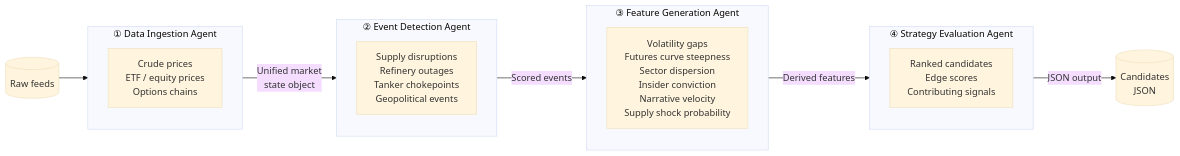
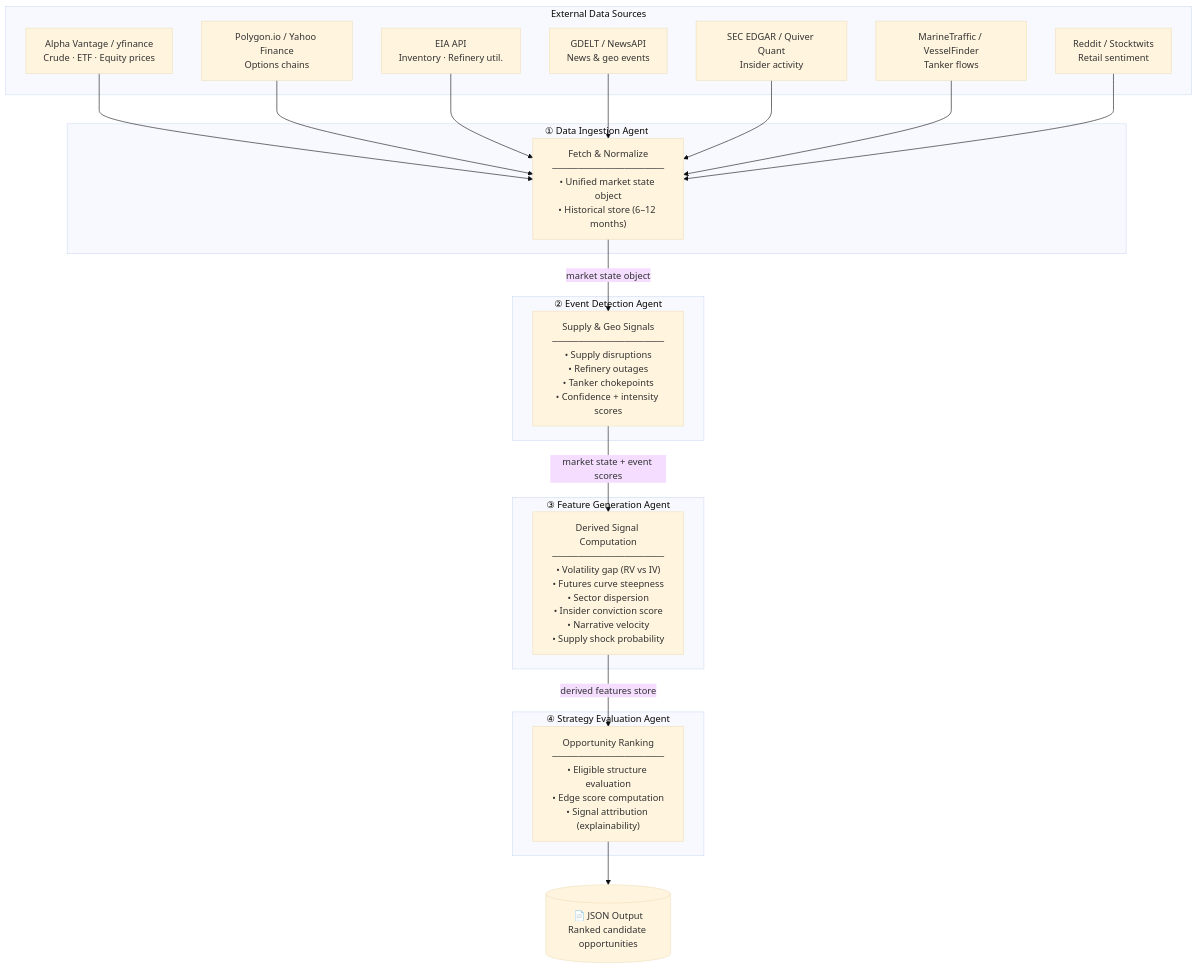
Before and after one commit to jeisenback/golden_boy_peanuts: the diagram in docs/generated/user_guide_full-pipeline.md, drawn with Mermaid (base theme). The commit also changed other lines of this file, not shown here.

````diff
--- a/docs/generated/user_guide_full-pipeline.md
+++ b/docs/generated/user_guide_full-pipeline.md
@@ -25,24 +194,38 @@
 ```mermaid
-flowchart LR
-    subgraph Ingestion["① Data Ingestion Agent"]
-        A1[Crude prices\nETF / equity prices\nOptions chains]
+flowchart TD
+    subgraph Sources["External Data Sources"]
+        S1["Alpha Vantage / yfinance\nCrude · ETF · Equity prices"]
+        S2["Polygon.io / Yahoo Finance\nOptions chains"]
+        S3["EIA API\nInventory · Refinery util."]
+        S4["GDELT / NewsAPI\nNews & geo events"]
+        S5["SEC EDGAR / Quiver Quant\nInsider activity"]
+        S6["MarineTraffic / VesselFinder\nTanker flows"]
+        S7["Reddit / Stocktwits\nRetail sentiment"]
     end
 
-    subgraph Event["② Event Detection Agent"]
-        B1[Supply disruptions\nRefinery outages\nTanker chokepoints\nGeopolitical events]
+    subgraph A1["① Data Ingestion Agent"]
+        DIA["Fetch & Normalize\n─────────────────\n• Unified market state object\n• Historical store (6–12 months)"]
     end
 
-    subgraph Feature["③ Feature Generation Agent"]
-        C1[Volatility gaps\nFutures curve steepness\nSector dispersion\nInsider conviction\nNarrative velocity\nSupply shock probability]
+    subgraph A2["② Event Detection Agent"]
+        EDA["Supply & Geo Signals\n─────────────────\n• Supply disruptions\n• Refinery outages\n• Tanker chokepoints\n• Confidence + intensity scores"]
     end
 
-    subgraph Strategy["④ Strategy Evaluation Agent"]
-        D1[Ranked candidates\nEdge scores\nContributing signals]
+    subgraph A3["③ Feature Generation Agent"]
+        FGA["Derived Signal Computation\n─────────────────\n• Volatility gap (RV vs IV)\n• Futures curve steepness\n• Sector dispersion\n• Insider conviction score\n• Narrative velocity\n• Supply shock probability"]
     end
 
-    RAW[(Raw feeds)] --> Ingestion
-    Ingestion -->|Unified market\nstate object| Event
-    Event -->|Scored events| Feature
-    Feature -->|Derived features| Strategy
-    Strategy -->|JSON output| OUT[(Candidates\nJSON)]
+    subgraph A4["④ Strategy Evaluation Agent"]
+        SEA["Opportunity Ranking\n─────────────────\n• Eligible structure evaluation\n• Edge score computation\n• Signal attribution (explainability)"]
+    end
+
+    OUT[("📄 JSON Output\nRanked candidate opportunities")]
+
+    S1 & S2 --> DIA
+    S3 & S4 & S5 & S6 & S7 --> DIA
+
+    DIA -- "market state object" --> EDA
+    EDA -- "market state + event scores" --> FGA
+    FGA -- "derived features store" --> SEA
+    SEA --> OUT
 ```
````
